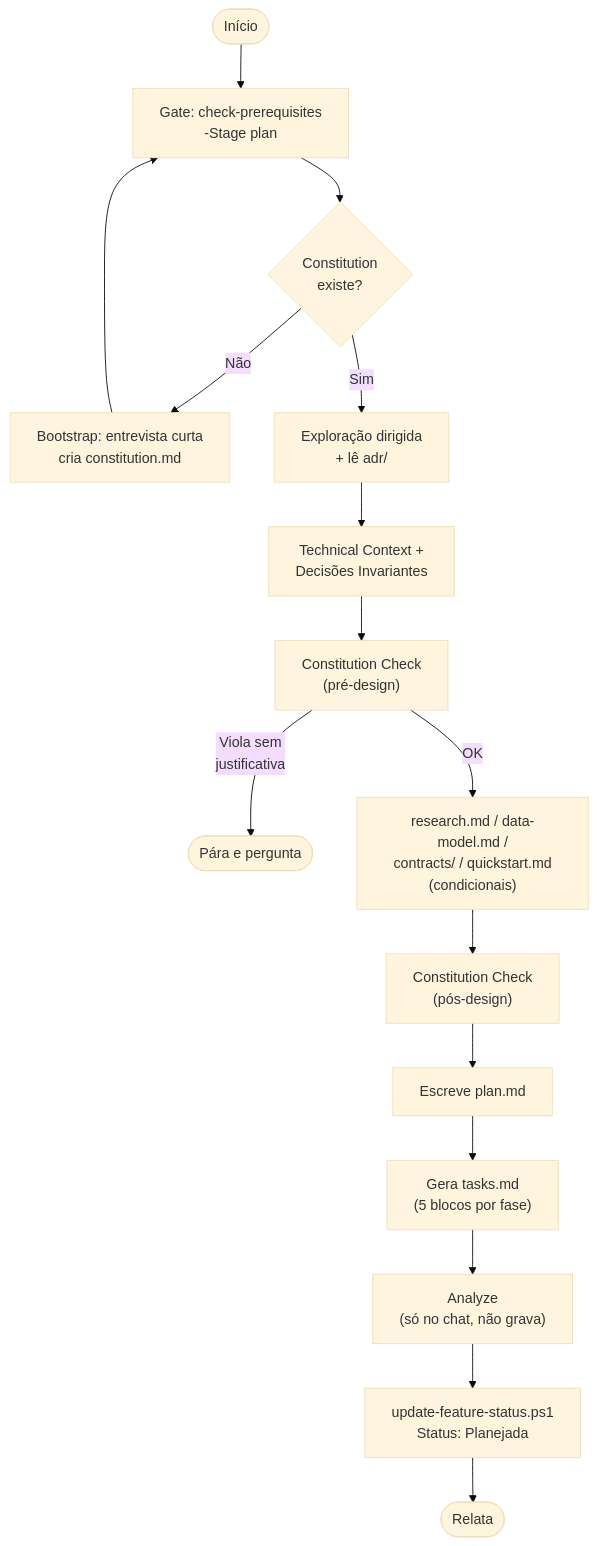
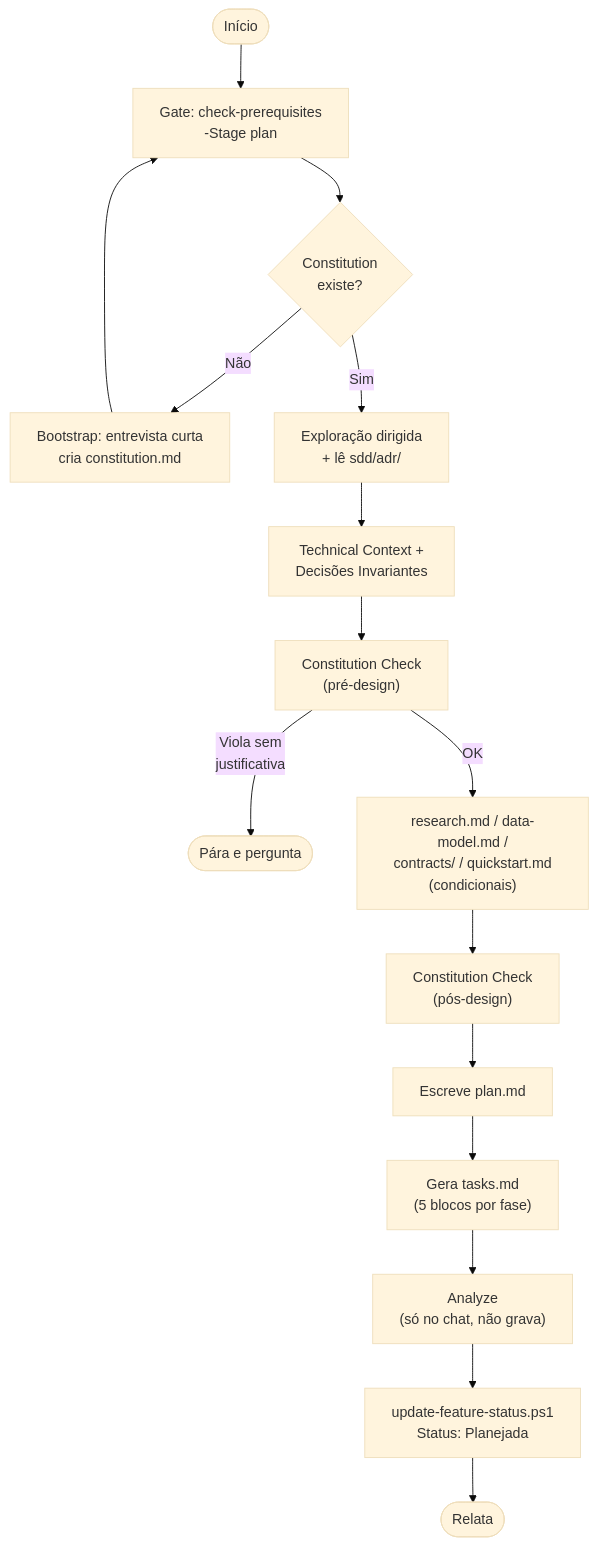
One commit to johnosd/NeoReader changed the fifth of 8 diagrams in .planning/README.md. Above: the diagram before and after it, drawn with Mermaid (base theme). The commit also changed other lines of this file and 29 other files, not shown here.

First line of the commit message:
refactor: consolida specs/, bugs/, adr/ e assessments/ em sdd/

````diff
--- a/.planning/README.md
+++ b/.planning/README.md
@@ -174,18 +238,18 @@
 ```mermaid
 flowchart TD
     A([Início]) --> B["Gate: check-prerequisites\n-Stage plan"]
     B --> C{"Constitution\nexiste?"}
     C -->|Não| D["Bootstrap: entrevista curta\ncria constitution.md"]
     D --> B
-    C -->|Sim| E["Exploração dirigida\n+ lê adr/"]
+    C -->|Sim| E["Exploração dirigida\n+ lê sdd/adr/"]
     E --> F["Technical Context +\nDecisões Invariantes"]
     F --> G["Constitution Check\n(pré-design)"]
     G -->|"Viola sem\njustificativa"| H(["Pára e pergunta"])
     G -->|OK| I["research.md / data-model.md /\ncontracts/ / quickstart.md\n(condicionais)"]
     I --> J["Constitution Check\n(pós-design)"]
     J --> K["Escreve plan.md"]
     K --> L["Gera tasks.md\n(5 blocos por fase)"]
     L --> M["Analyze\n(só no chat, não grava)"]
     M --> N["update-feature-status.ps1\nStatus: Planejada"]
     N --> O(["Relata"])
 ```
````
